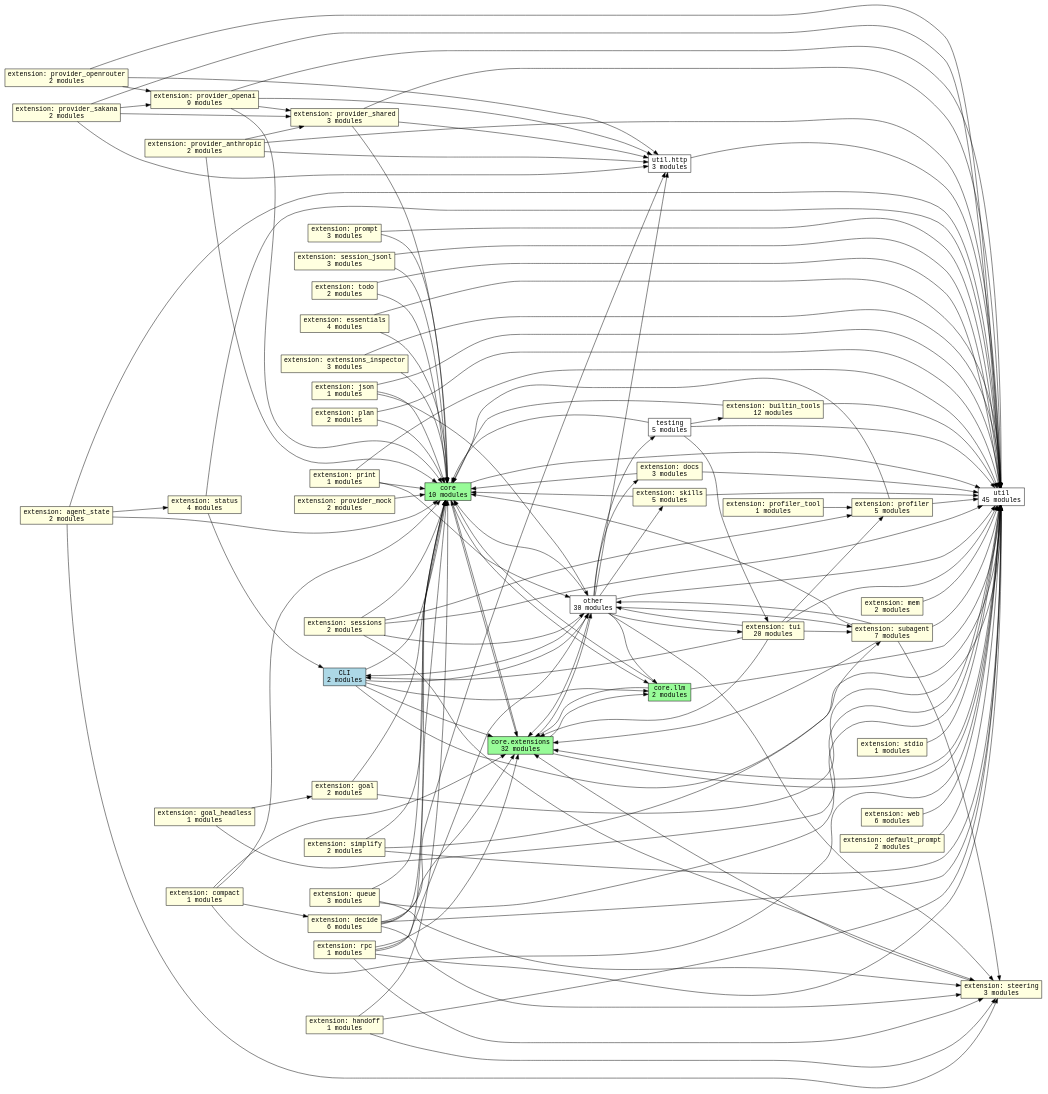
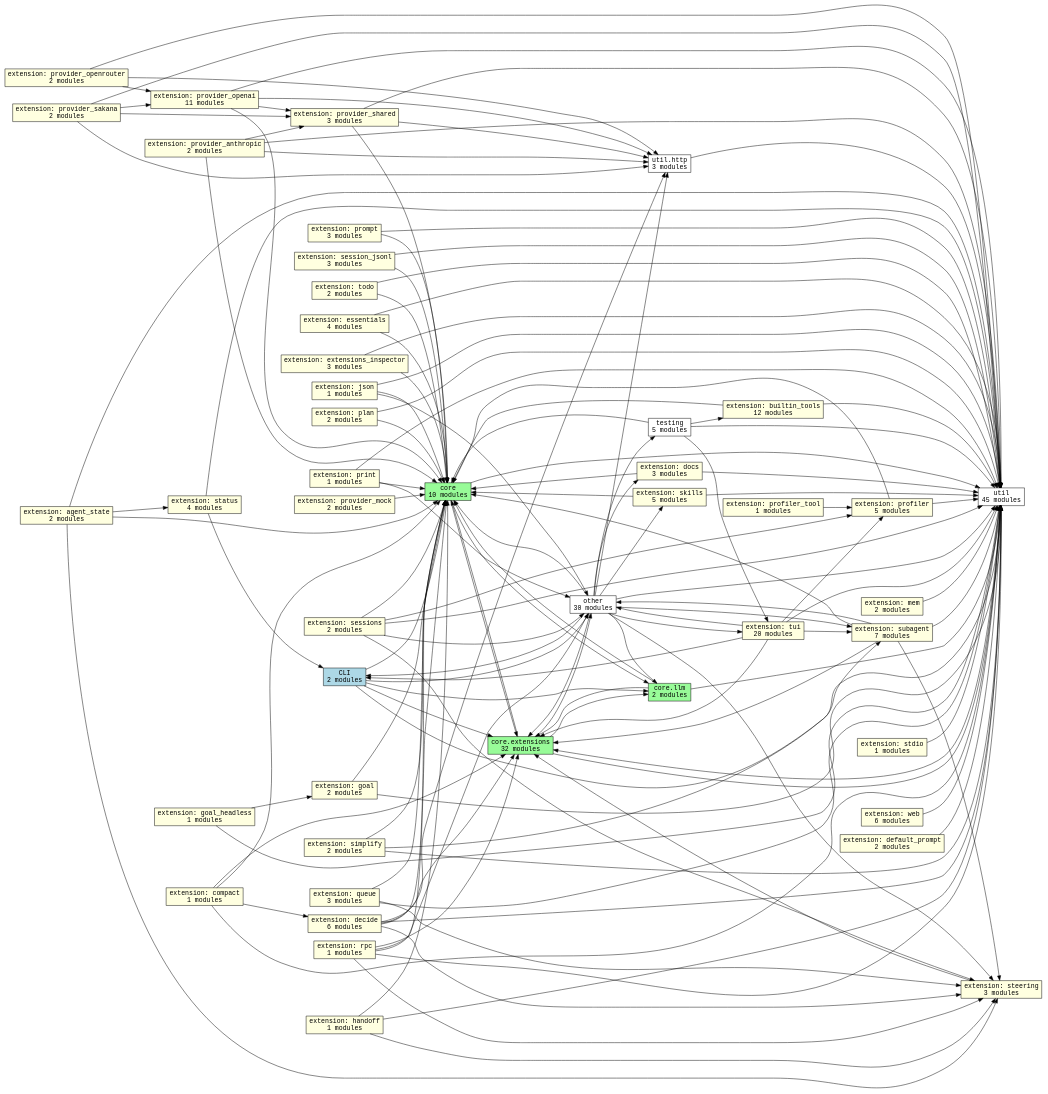
One commit to acmiyaguchi/fen changed the diagram in docs/graphs/subsystems.dot. Above: the diagram before and after it, drawn with Graphviz. The commit also changed 10 other files, not shown here.

```diff
--- a/docs/graphs/subsystems.dot
+++ b/docs/graphs/subsystems.dot
@@ -1,183 +1,183 @@
 digraph fen_subsystems {
   graph [rankdir=LR];
   node [shape=box, fontname="monospace"];
   edge [fontname="monospace"];
   "cli" [fillcolor="lightblue", label="CLI\n2 modules", style="filled"];
   "core" [fillcolor="palegreen", label="core\n10 modules", style="filled"];
   "core.extensions" [fillcolor="palegreen", label="core.extensions\n32 modules", style="filled"];
   "core.llm" [fillcolor="palegreen", label="core.llm\n2 modules", style="filled"];
   "extension.agent_state" [fillcolor="lightyellow", label="extension: agent_state\n2 modules", style="filled"];
   "extension.builtin_tools" [fillcolor="lightyellow", label="extension: builtin_tools\n12 modules", style="filled"];
   "extension.compact" [fillcolor="lightyellow", label="extension: compact\n1 modules", style="filled"];
   "extension.decide" [fillcolor="lightyellow", label="extension: decide\n6 modules", style="filled"];
   "extension.default_prompt" [fillcolor="lightyellow", label="extension: default_prompt\n2 modules", style="filled"];
   "extension.docs" [fillcolor="lightyellow", label="extension: docs\n3 modules", style="filled"];
   "extension.essentials" [fillcolor="lightyellow", label="extension: essentials\n4 modules", style="filled"];
   "extension.extensions_inspector" [fillcolor="lightyellow", label="extension: extensions_inspector\n3 modules", style="filled"];
   "extension.goal" [fillcolor="lightyellow", label="extension: goal\n2 modules", style="filled"];
   "extension.goal_headless" [fillcolor="lightyellow", label="extension: goal_headless\n1 modules", style="filled"];
   "extension.handoff" [fillcolor="lightyellow", label="extension: handoff\n1 modules", style="filled"];
   "extension.json" [fillcolor="lightyellow", label="extension: json\n1 modules", style="filled"];
   "extension.mem" [fillcolor="lightyellow", label="extension: mem\n2 modules", style="filled"];
   "extension.plan" [fillcolor="lightyellow", label="extension: plan\n2 modules", style="filled"];
   "extension.print" [fillcolor="lightyellow", label="extension: print\n1 modules", style="filled"];
   "extension.profiler" [fillcolor="lightyellow", label="extension: profiler\n5 modules", style="filled"];
   "extension.profiler_tool" [fillcolor="lightyellow", label="extension: profiler_tool\n1 modules", style="filled"];
   "extension.prompt" [fillcolor="lightyellow", label="extension: prompt\n3 modules", style="filled"];
   "extension.provider_anthropic" [fillcolor="lightyellow", label="extension: provider_anthropic\n2 modules", style="filled"];
   "extension.provider_mock" [fillcolor="lightyellow", label="extension: provider_mock\n2 modules", style="filled"];
-  "extension.provider_openai" [fillcolor="lightyellow", label="extension: provider_openai\n9 modules", style="filled"];
+  "extension.provider_openai" [fillcolor="lightyellow", label="extension: provider_openai\n11 modules", style="filled"];
   "extension.provider_openrouter" [fillcolor="lightyellow", label="extension: provider_openrouter\n2 modules", style="filled"];
   "extension.provider_sakana" [fillcolor="lightyellow", label="extension: provider_sakana\n2 modules", style="filled"];
   "extension.provider_shared" [fillcolor="lightyellow", label="extension: provider_shared\n3 modules", style="filled"];
   "extension.queue" [fillcolor="lightyellow", label="extension: queue\n3 modules", style="filled"];
   "extension.rpc" [fillcolor="lightyellow", label="extension: rpc\n1 modules", style="filled"];
   "extension.session_jsonl" [fillcolor="lightyellow", label="extension: session_jsonl\n3 modules", style="filled"];
   "extension.sessions" [fillcolor="lightyellow", label="extension: sessions\n2 modules", style="filled"];
   "extension.simplify" [fillcolor="lightyellow", label="extension: simplify\n2 modules", style="filled"];
   "extension.skills" [fillcolor="lightyellow", label="extension: skills\n5 modules", style="filled"];
   "extension.status" [fillcolor="lightyellow", label="extension: status\n4 modules", style="filled"];
   "extension.stdio" [fillcolor="lightyellow", label="extension: stdio\n1 modules", style="filled"];
   "extension.steering" [fillcolor="lightyellow", label="extension: steering\n3 modules", style="filled"];
   "extension.subagent" [fillcolor="lightyellow", label="extension: subagent\n7 modules", style="filled"];
   "extension.todo" [fillcolor="lightyellow", label="extension: todo\n2 modules", style="filled"];
   "extension.tui" [fillcolor="lightyellow", label="extension: tui\n20 modules", style="filled"];
   "extension.web" [fillcolor="lightyellow", label="extension: web\n6 modules", style="filled"];
   "other" [fillcolor="white", label="other\n30 modules", style="filled"];
   "testing" [fillcolor="white", label="testing\n5 modules", style="filled"];
   "util" [fillcolor="white", label="util\n45 modules", style="filled"];
   "util.http" [fillcolor="white", label="util.http\n3 modules", style="filled"];
   "cli" -> "core";
   "cli" -> "core.extensions";
   "cli" -> "core.llm";
   "cli" -> "other";
   "cli" -> "util";
   "core" -> "core.extensions";
   "core" -> "core.llm";
   "core" -> "util";
   "core.extensions" -> "core";
   "core.extensions" -> "core.llm";
   "core.extensions" -> "other";
   "core.extensions" -> "util";
   "core.llm" -> "core";
   "core.llm" -> "core.extensions";
   "core.llm" -> "util";
   "extension.agent_state" -> "core";
   "extension.agent_state" -> "extension.status";
   "extension.agent_state" -> "extension.steering";
   "extension.agent_state" -> "util";
   "extension.builtin_tools" -> "core";
   "extension.builtin_tools" -> "util";
   "extension.compact" -> "core";
   "extension.compact" -> "core.extensions";
   "extension.compact" -> "extension.decide";
   "extension.compact" -> "util";
   "extension.decide" -> "core";
   "extension.decide" -> "core.extensions";
   "extension.decide" -> "extension.steering";
   "extension.decide" -> "util";
   "extension.decide" -> "util.http";
   "extension.default_prompt" -> "util";
   "extension.docs" -> "core";
   "extension.docs" -> "util";
   "extension.essentials" -> "core";
   "extension.essentials" -> "util";
   "extension.extensions_inspector" -> "core";
   "extension.extensions_inspector" -> "util";
   "extension.goal" -> "core";
   "extension.goal" -> "util";
   "extension.goal_headless" -> "extension.goal";
   "extension.goal_headless" -> "util";
   "extension.handoff" -> "core";
   "extension.handoff" -> "extension.steering";
   "extension.handoff" -> "util";
   "extension.json" -> "core";
   "extension.json" -> "other";
   "extension.json" -> "util";
   "extension.mem" -> "util";
   "extension.plan" -> "core";
   "extension.plan" -> "util";
   "extension.print" -> "core";
   "extension.print" -> "other";
   "extension.print" -> "util";
   "extension.profiler" -> "core";
   "extension.profiler" -> "util";
   "extension.profiler_tool" -> "extension.profiler";
   "extension.prompt" -> "core";
   "extension.prompt" -> "util";
   "extension.provider_anthropic" -> "core";
   "extension.provider_anthropic" -> "extension.provider_shared";
   "extension.provider_anthropic" -> "util";
   "extension.provider_anthropic" -> "util.http";
   "extension.provider_mock" -> "core";
   "extension.provider_openai" -> "core";
   "extension.provider_openai" -> "extension.provider_shared";
   "extension.provider_openai" -> "util";
   "extension.provider_openai" -> "util.http";
   "extension.provider_openrouter" -> "extension.provider_openai";
   "extension.provider_openrouter" -> "util";
   "extension.provider_openrouter" -> "util.http";
   "extension.provider_sakana" -> "extension.provider_openai";
   "extension.provider_sakana" -> "extension.provider_shared";
   "extension.provider_sakana" -> "util";
   "extension.provider_sakana" -> "util.http";
   "extension.provider_shared" -> "core";
   "extension.provider_shared" -> "util";
   "extension.provider_shared" -> "util.http";
   "extension.queue" -> "core";
   "extension.queue" -> "extension.steering";
   "extension.queue" -> "util";
   "extension.rpc" -> "core";
   "extension.rpc" -> "core.extensions";
   "extension.rpc" -> "extension.steering";
   "extension.rpc" -> "other";
   "extension.rpc" -> "util";
   "extension.session_jsonl" -> "core";
   "extension.session_jsonl" -> "util";
   "extension.sessions" -> "core";
   "extension.sessions" -> "extension.profiler";
   "extension.sessions" -> "extension.steering";
   "extension.sessions" -> "other";
   "extension.sessions" -> "util";
   "extension.simplify" -> "core";
   "extension.simplify" -> "extension.subagent";
   "extension.simplify" -> "util";
   "extension.skills" -> "core";
   "extension.skills" -> "util";
   "extension.status" -> "cli";
   "extension.status" -> "util";
   "extension.stdio" -> "util";
   "extension.steering" -> "core.extensions";
   "extension.subagent" -> "core";
   "extension.subagent" -> "core.extensions";
   "extension.subagent" -> "extension.steering";
   "extension.subagent" -> "other";
   "extension.subagent" -> "util";
   "extension.todo" -> "core";
   "extension.todo" -> "util";
   "extension.tui" -> "cli";
   "extension.tui" -> "core.extensions";
   "extension.tui" -> "extension.profiler";
   "extension.tui" -> "extension.subagent";
   "extension.tui" -> "other";
   "extension.tui" -> "util";
   "extension.web" -> "util";
   "other" -> "cli";
   "other" -> "core";
   "other" -> "core.extensions";
   "other" -> "core.llm";
   "other" -> "extension.docs";
   "other" -> "extension.skills";
   "other" -> "extension.steering";
   "other" -> "extension.subagent";
   "other" -> "extension.tui";
   "other" -> "testing";
   "other" -> "util";
   "other" -> "util.http";
   "testing" -> "core";
   "testing" -> "extension.builtin_tools";
   "testing" -> "extension.tui";
   "testing" -> "util";
   "util" -> "core.extensions";
   "util.http" -> "util";
 }
```
